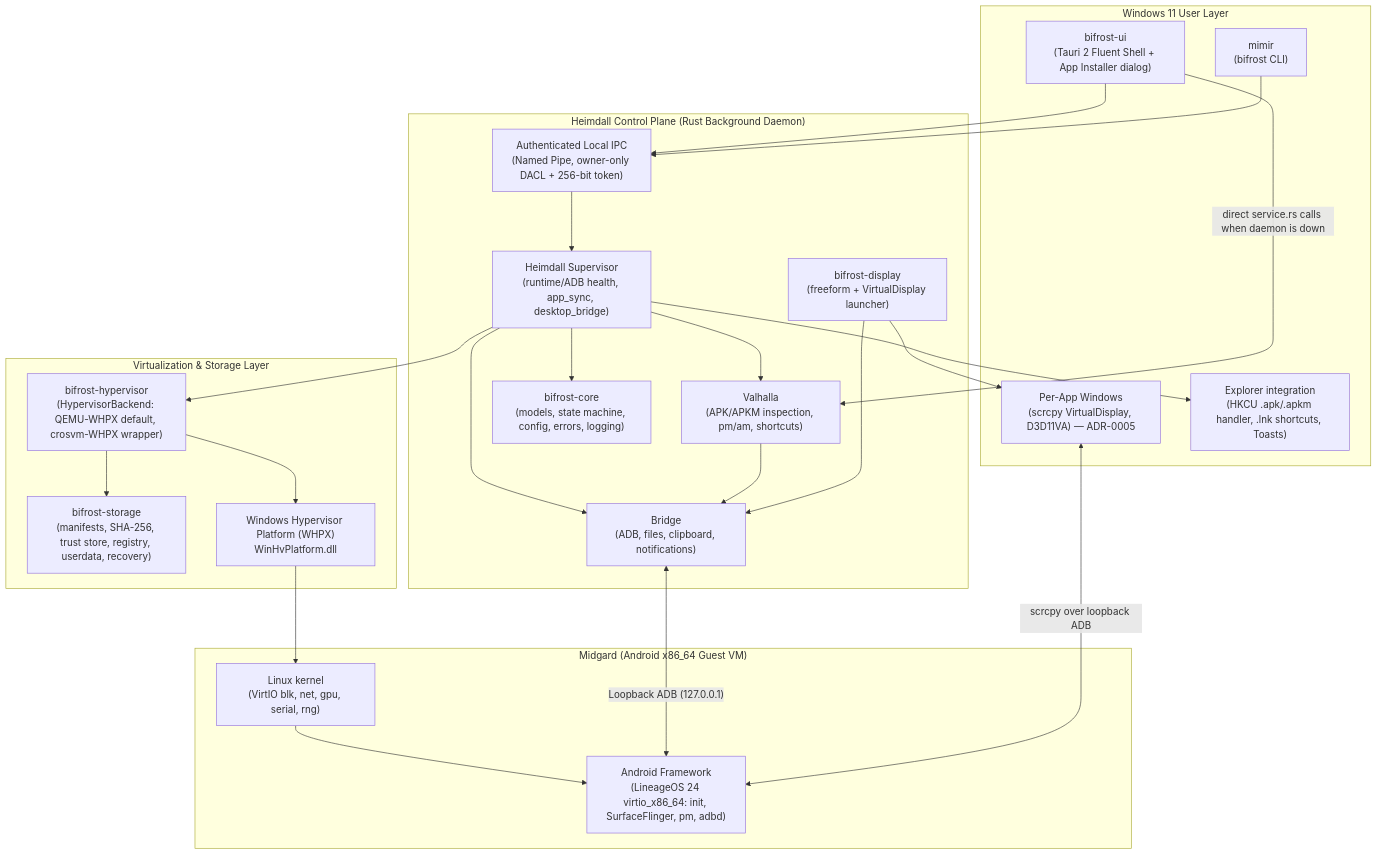
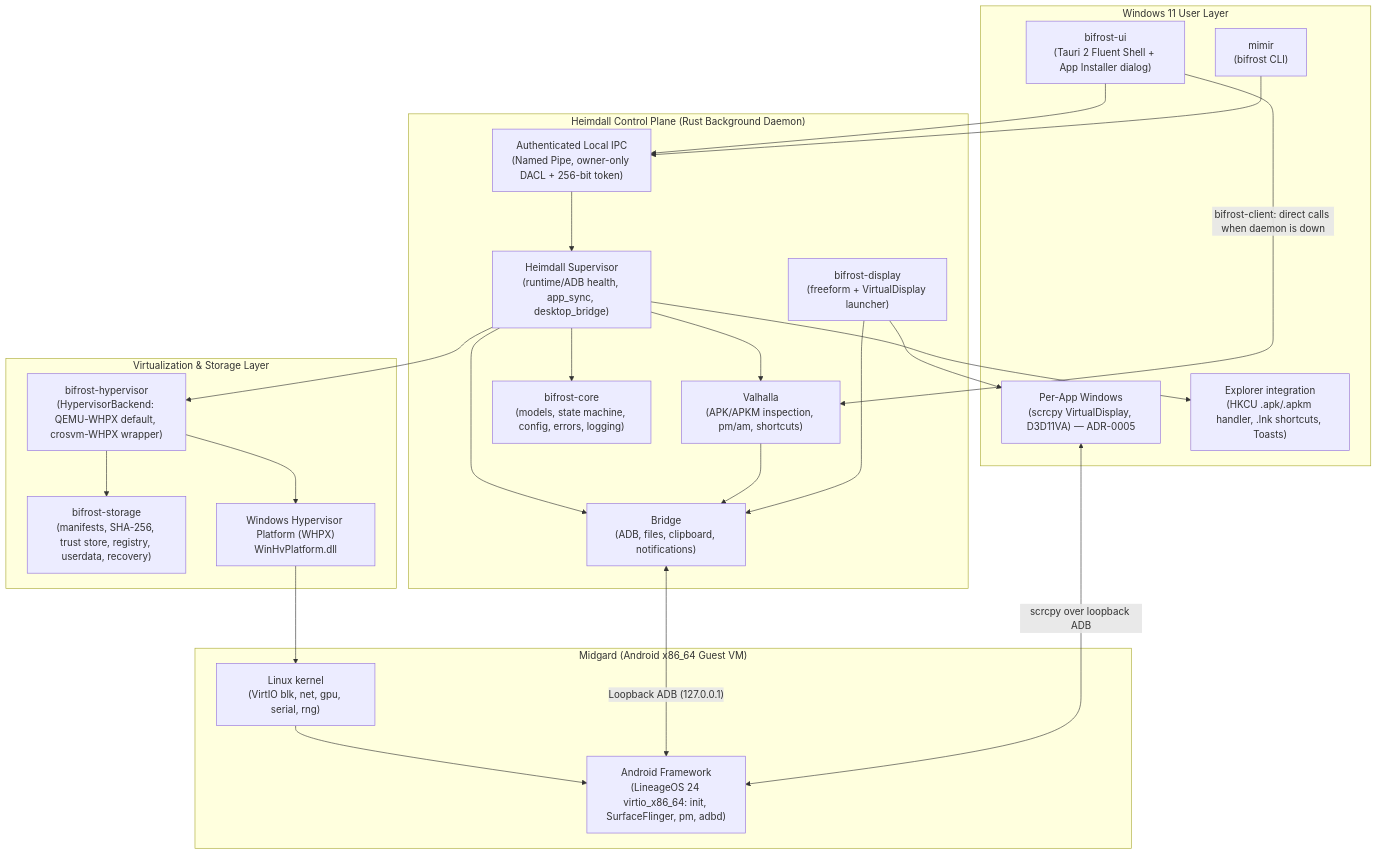
Before and after one commit to kiramman-mp3/bifrost: the first of 2 diagrams in ARCHITECTURE.md, drawn with Mermaid. The commit also changed other lines of this file and 2 other files, not shown here.

Commit message:
docs: describe the bifrost-client facade

````diff
--- a/ARCHITECTURE.md
+++ b/ARCHITECTURE.md
@@ -26,48 +26,48 @@
 ```mermaid
 flowchart TD
     subgraph UserSpace["Windows 11 User Layer"]
         UI["bifrost-ui<br/>(Tauri 2 Fluent Shell + App Installer dialog)"]
         CLI["mimir<br/>(bifrost CLI)"]
         WIN["Per-App Windows<br/>(scrcpy VirtualDisplay, D3D11VA) — ADR-0005"]
         SHELL["Explorer integration<br/>(HKCU .apk/.apkm handler, .lnk shortcuts, Toasts)"]
     end
 
     subgraph ControlPlane["Heimdall Control Plane (Rust Background Daemon)"]
         IPC["Authenticated Local IPC<br/>(Named Pipe, owner-only DACL + 256-bit token)"]
         SUP["Heimdall Supervisor<br/>(runtime/ADB health, app_sync, desktop_bridge)"]
         VAL["Valhalla<br/>(APK/APKM inspection, pm/am, shortcuts)"]
         BRG["Bridge<br/>(ADB, files, clipboard, notifications)"]
         DSP["bifrost-display<br/>(freeform + VirtualDisplay launcher)"]
         CORE["bifrost-core<br/>(models, state machine, config, errors, logging)"]
     end
 
     subgraph VirtLayer["Virtualization & Storage Layer"]
         HYP["bifrost-hypervisor<br/>(HypervisorBackend: QEMU-WHPX default, crosvm-WHPX wrapper)"]
         STG["bifrost-storage<br/>(manifests, SHA-256, trust store, registry, userdata, recovery)"]
         WHPX["Windows Hypervisor Platform (WHPX)<br/>WinHvPlatform.dll"]
     end
 
     subgraph Guest["Midgard (Android x86_64 Guest VM)"]
         KERN["Linux kernel<br/>(VirtIO blk, net, gpu, serial, rng)"]
         AOSP["Android Framework<br/>(LineageOS 24 virtio_x86_64: init, SurfaceFlinger, pm, adbd)"]
     end
 
     UI --> IPC
-    UI -->|"direct service.rs calls when daemon is down"| VAL
+    UI -->|"bifrost-client: direct calls when daemon is down"| VAL
     CLI --> IPC
     IPC --> SUP
     SUP --> CORE
     SUP --> VAL
     SUP --> BRG
     SUP --> HYP
     HYP --> STG
     HYP --> WHPX
     WHPX --> KERN
     KERN --> AOSP
     VAL --> BRG
     DSP --> BRG
     DSP --> WIN
     SUP --> SHELL
     BRG <-->|"Loopback ADB (127.0.0.1)"| AOSP
     WIN <-->|"scrcpy over loopback ADB"| AOSP
 ```
````
